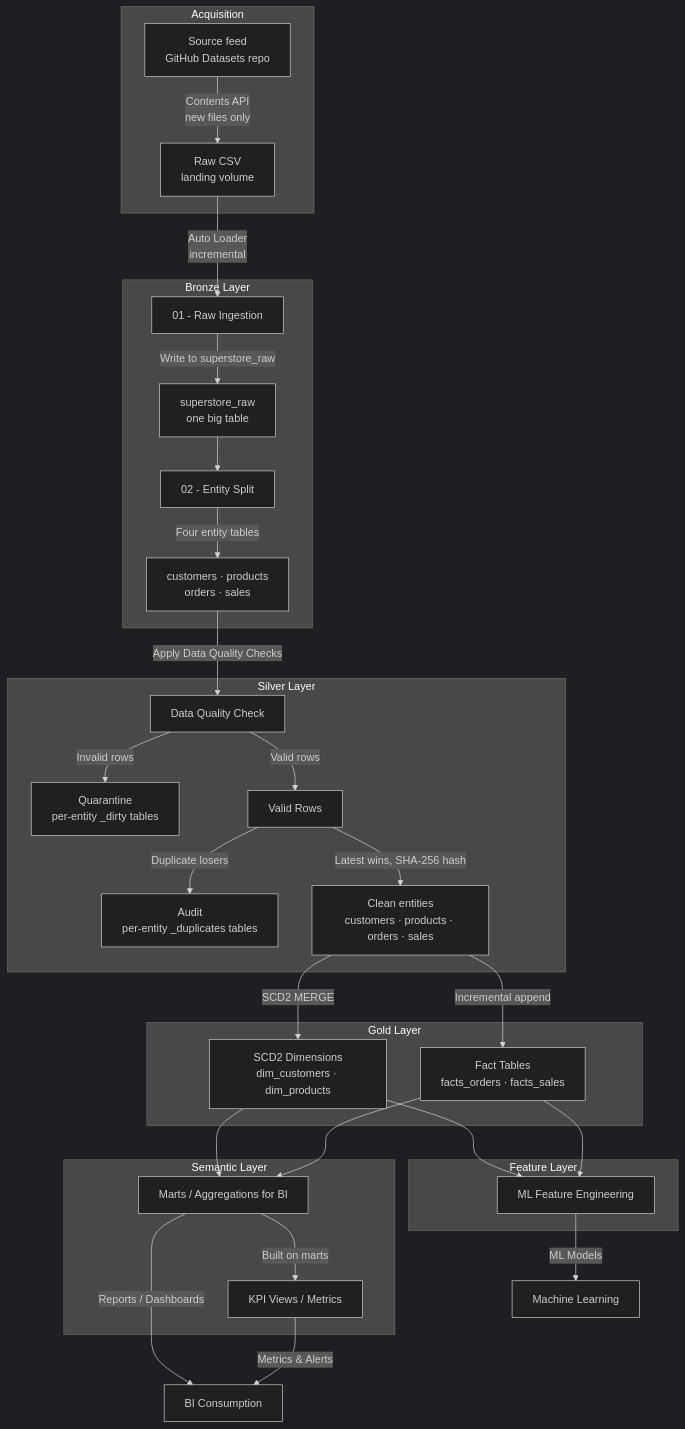
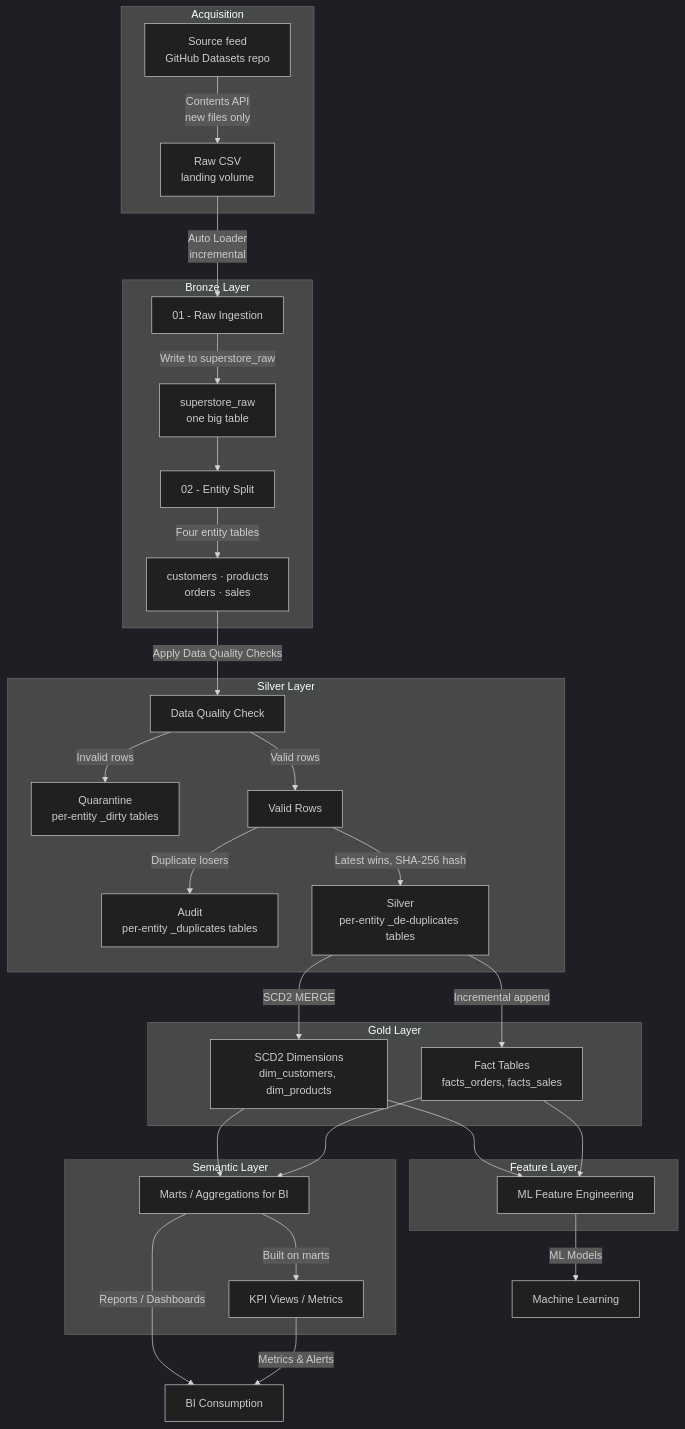
One commit to 111BM/databricks-lakehouse-platform changed the diagram in README.md. Above: the diagram before and after it, drawn with Mermaid (dark theme).

````diff
--- a/README.md
+++ b/README.md
@@ -15,57 +15,57 @@
 ```mermaid
 flowchart TD
     subgraph ACQ[Acquisition]
         SRC[Source feed<br/>GitHub Datasets repo]
         VOL[Raw CSV<br/>landing volume]
         SRC -->|Contents API<br/>new files only| VOL
     end
 
     subgraph BRONZE[Bronze Layer]
         ING[01 - Raw Ingestion]
         RAW["superstore_raw<br/>one big table"]
         SPLIT[02 - Entity Split]
         ENT["customers · products<br/>orders · sales"]
         ING -->|Write to superstore_raw| RAW
         RAW --> SPLIT
         SPLIT -->|Four entity tables| ENT
     end
 
     subgraph SILVER[Silver Layer]
         DQ[Data Quality Check]
         QUAR["Quarantine<br/>per-entity _dirty tables"]
         GOOD[Valid Rows]
         AUD["Audit<br/>per-entity _duplicates tables"]
-        SLV["Clean entities<br/>customers · products · orders · sales"]
+        SLV["Silver<br/>per-entity _de-duplicates tables"]
         DQ -->|Invalid rows| QUAR
         DQ -->|Valid rows| GOOD
         GOOD -->|Duplicate losers| AUD
         GOOD -->|Latest wins, SHA-256 hash| SLV
     end
 
     subgraph GOLD[Gold Layer]
-        DIM["SCD2 Dimensions<br/>dim_customers · dim_products"]
-        FCT["Fact Tables<br/>facts_orders · facts_sales"]
+        DIM["SCD2 Dimensions<br/>dim_customers, dim_products"]
+        FCT["Fact Tables<br/>facts_orders, facts_sales"]
     end
 
     subgraph SEM[Semantic Layer]
         MARTS[Marts / Aggregations for BI]
         KPI[KPI Views / Metrics]
     end
 
     subgraph FEAT[Feature Layer]
         MLF[ML Feature Engineering]
     end
 
     VOL -->|Auto Loader<br/>incremental| ING
     ENT -->|Apply Data Quality Checks| DQ
     SLV -->|SCD2 MERGE| DIM
     SLV -->|Incremental append| FCT
     DIM --> MARTS
     FCT --> MARTS
     DIM --> MLF
     FCT --> MLF
     MARTS -->|Built on marts| KPI
     MARTS -->|Reports / Dashboards| BI[BI Consumption]
     KPI -->|Metrics & Alerts| BI
     MLF -->|ML Models| MLC[Machine Learning]
 ```
````
